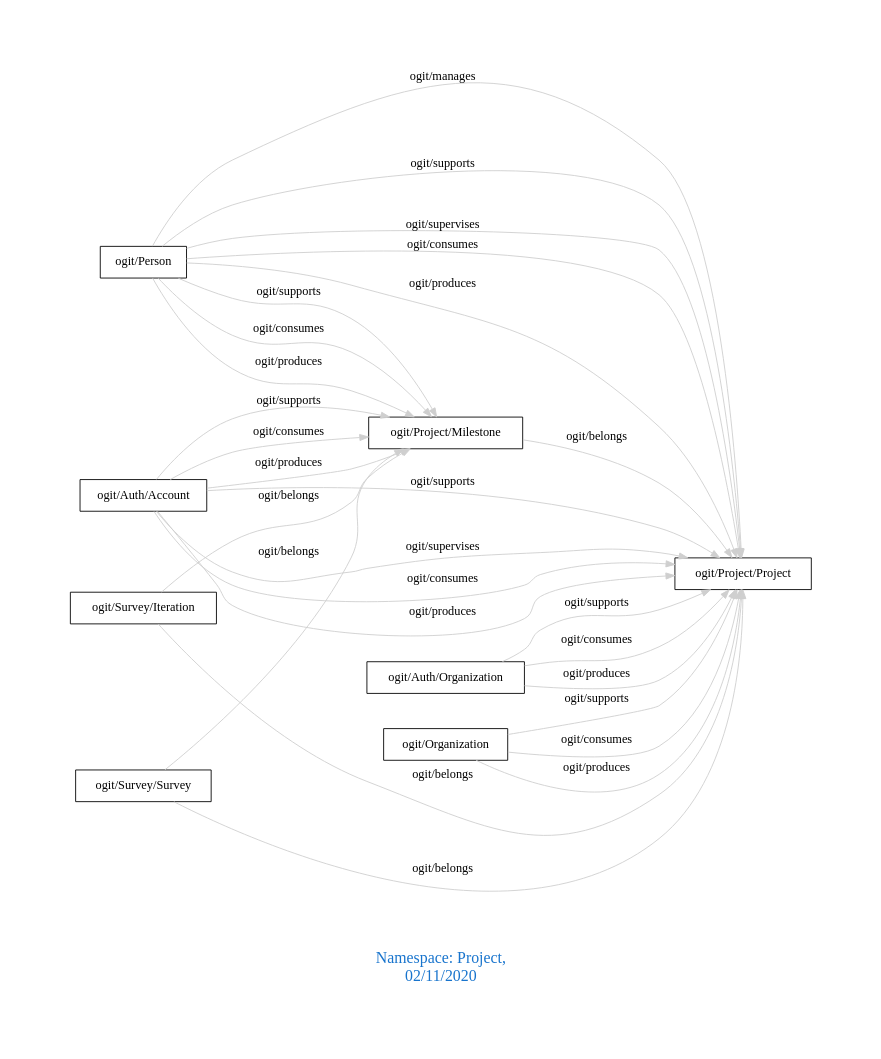
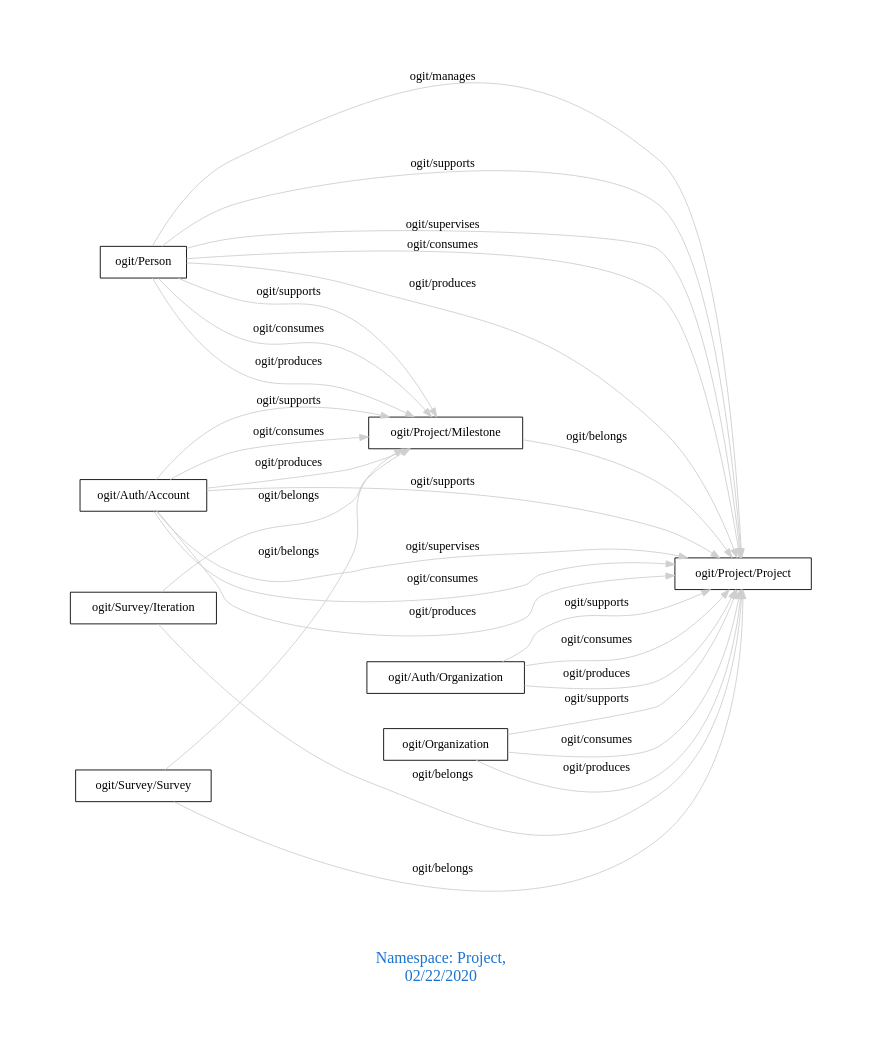
One commit to arago/OGIT changed the diagram in downloads/Project.dot. Above: the diagram before and after it, drawn with Graphviz. The commit also changed 1745 other files, not shown here.

```diff
--- a/downloads/Project.dot
+++ b/downloads/Project.dot
@@ -1,34 +1,34 @@
 digraph OGIT_ontology {
  graph [ rankdir= LR,pad=1 
 fontsize = 18,
-fontcolor= dodgerblue3,label = "\n\n\nNamespace: Project, \n 02/11/2020"];
+fontcolor= dodgerblue3,label = "\n\n\nNamespace: Project, \n 02/22/2020"];
 node[shape=polygon];
 edge [  color="gray81"];
 
    "ogit/Person" -> "ogit/Project/Project" [label="   ogit/manages    "];
    "ogit/Auth/Account" -> "ogit/Project/Milestone" [label="   ogit/supports    "];
    "ogit/Auth/Account" -> "ogit/Project/Project" [label="   ogit/supports    "];
    "ogit/Auth/Organization" -> "ogit/Project/Project" [label="   ogit/supports    "];
    "ogit/Organization" -> "ogit/Project/Project" [label="   ogit/supports    "];
    "ogit/Person" -> "ogit/Project/Milestone" [label="   ogit/supports    "];
    "ogit/Person" -> "ogit/Project/Project" [label="   ogit/supports    "];
    "ogit/Auth/Account" -> "ogit/Project/Project" [label="   ogit/supervises    "];
    "ogit/Person" -> "ogit/Project/Project" [label="   ogit/supervises    "];
    "ogit/Auth/Account" -> "ogit/Project/Milestone" [label="   ogit/consumes    "];
    "ogit/Auth/Account" -> "ogit/Project/Project" [label="   ogit/consumes    "];
    "ogit/Auth/Organization" -> "ogit/Project/Project" [label="   ogit/consumes    "];
    "ogit/Organization" -> "ogit/Project/Project" [label="   ogit/consumes    "];
    "ogit/Person" -> "ogit/Project/Milestone" [label="   ogit/consumes    "];
    "ogit/Person" -> "ogit/Project/Project" [label="   ogit/consumes    "];
    "ogit/Auth/Account" -> "ogit/Project/Milestone" [label="   ogit/produces    "];
    "ogit/Auth/Account" -> "ogit/Project/Project" [label="   ogit/produces    "];
    "ogit/Auth/Organization" -> "ogit/Project/Project" [label="   ogit/produces    "];
    "ogit/Organization" -> "ogit/Project/Project" [label="   ogit/produces    "];
    "ogit/Person" -> "ogit/Project/Milestone" [label="   ogit/produces    "];
    "ogit/Person" -> "ogit/Project/Project" [label="   ogit/produces    "];
    "ogit/Project/Milestone" -> "ogit/Project/Project" [label="   ogit/belongs    "];
    "ogit/Survey/Iteration" -> "ogit/Project/Milestone" [label="   ogit/belongs    "];
    "ogit/Survey/Iteration" -> "ogit/Project/Project" [label="   ogit/belongs    "];
    "ogit/Survey/Survey" -> "ogit/Project/Milestone" [label="   ogit/belongs    "];
    "ogit/Survey/Survey" -> "ogit/Project/Project" [label="   ogit/belongs    "];
 }
```
